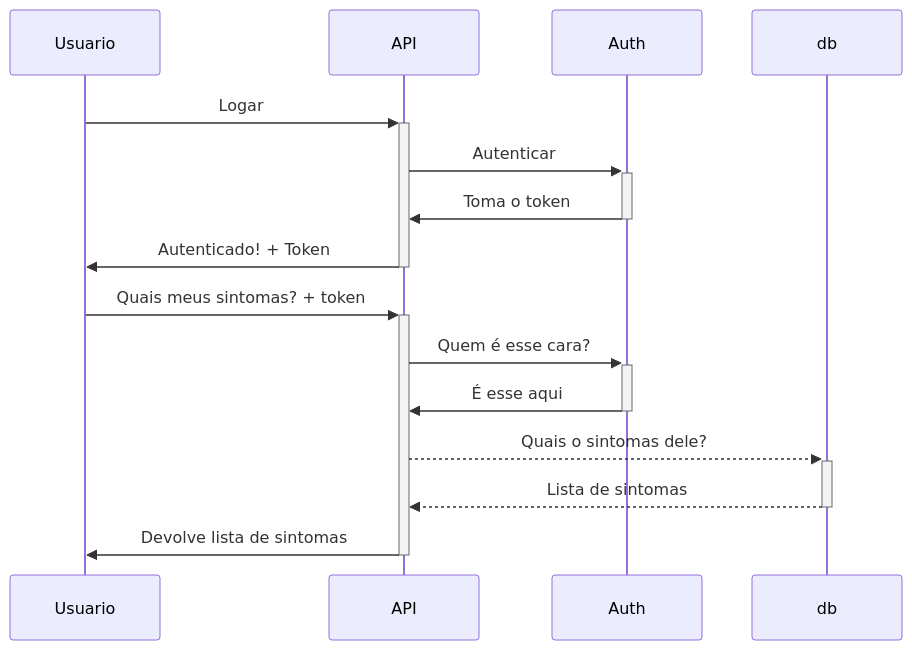
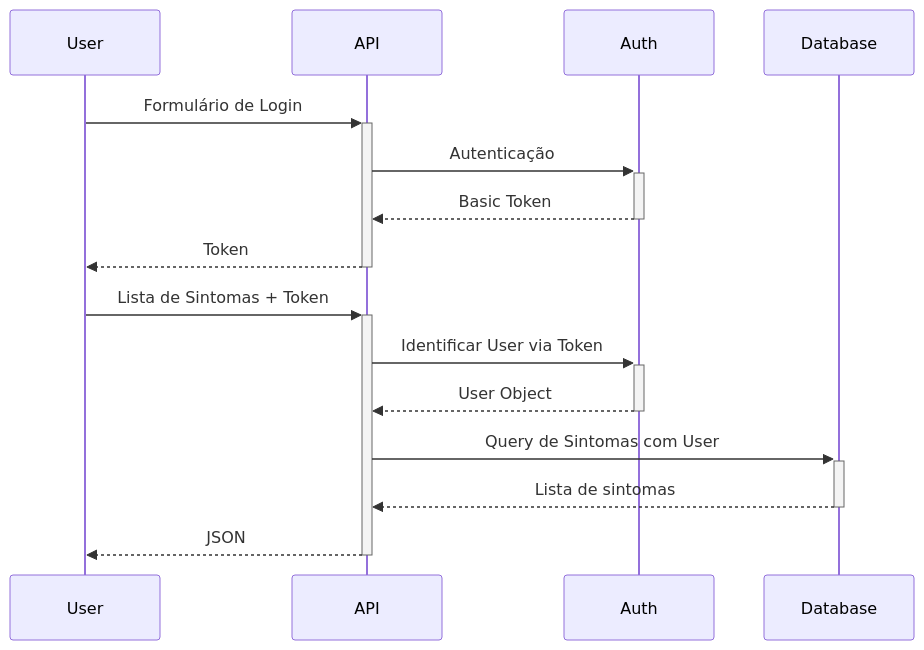
The second of 2 diagrams in README.md (juliogdomingues/HealthDiary), drawn with Mermaid before and after one commit. The commit also changed other lines of this file, not shown here.

Commit message:
Diagrama Pacotes + Atualização Sequência

````diff
--- a/README.md
+++ b/README.md
@@ -184,16 +212,18 @@
 ``` mermaid
 
 sequenceDiagram
-    Usuario->>+API: Logar
-    API->>+Auth: Autenticar
-    Auth->>-API: Toma o token
-    API->>-Usuario: Autenticado! + Token
+    %%Processo de Login
+    User->>+ API: Formulário de Login
+    API->>+ Auth: Autenticação
+    Auth-->>- API: Basic Token
+    API-->>- User: Token
 
-    Usuario->>+API: Quais meus sintomas? + token
-    API->>+Auth: Quem é esse cara?
-    Auth->>-API: É esse aqui
-    API-->>+db: Quais o sintomas dele?
-    db-->>-API: Lista de sintomas
-    API->>-Usuario: Devolve lista de sintomas
+    %%Fetch de Sintomas
+    User ->>+ API: Lista de Sintomas + Token
+    API ->>+ Auth: Identificar User via Token
+    Auth -->>- API: User Object
+    API ->>+ Database: Query de Sintomas com User
+    Database -->>- API: Lista de sintomas
+    API -->>- User: JSON
 
 ```
````
